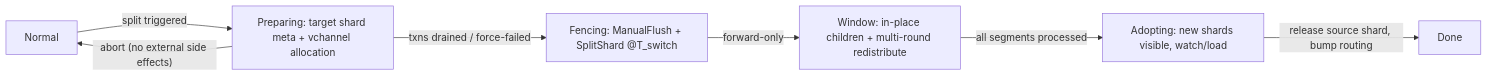
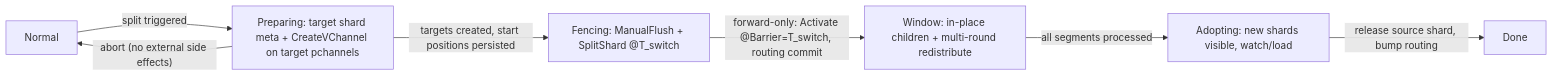
Before and after one commit to milvus-io/milvus: the first of 4 diagrams in docs/design-docs/design_docs/20260610-shard_split.md, drawn with Mermaid. The commit also changed other lines of this file, not shown here.

First line of the commit message:
doc: address review comments on the shard split design

````diff
--- a/docs/design-docs/design_docs/20260610-shard_split.md
+++ b/docs/design-docs/design_docs/20260610-shard_split.md
@@ -212,9 +219,9 @@
 ```mermaid
 flowchart LR
-    IDLE["Normal"] -->|"split triggered"| PREP["Preparing: target shard meta + vchannel allocation"]
+    IDLE["Normal"] -->|"split triggered"| PREP["Preparing: target shard meta + CreateVChannel on target pchannels"]
     PREP -->|"abort (no external side effects)"| IDLE
-    PREP -->|"txns drained / force-failed"| FENCE["Fencing: ManualFlush + SplitShard @T_switch"]
-    FENCE -->|"forward-only"| WIN["Window: in-place children + multi-round redistribute"]
+    PREP -->|"targets created, start positions persisted"| FENCE["Fencing: ManualFlush + SplitShard @T_switch"]
+    FENCE -->|"forward-only: Activate @Barrier=T_switch, routing commit"| WIN["Window: in-place children + multi-round redistribute"]
     WIN -->|"all segments processed"| ADOPT["Adopting: new shards visible, watch/load"]
     ADOPT -->|"release source shard, bump routing"| DONE["Done"]
 ```
````
